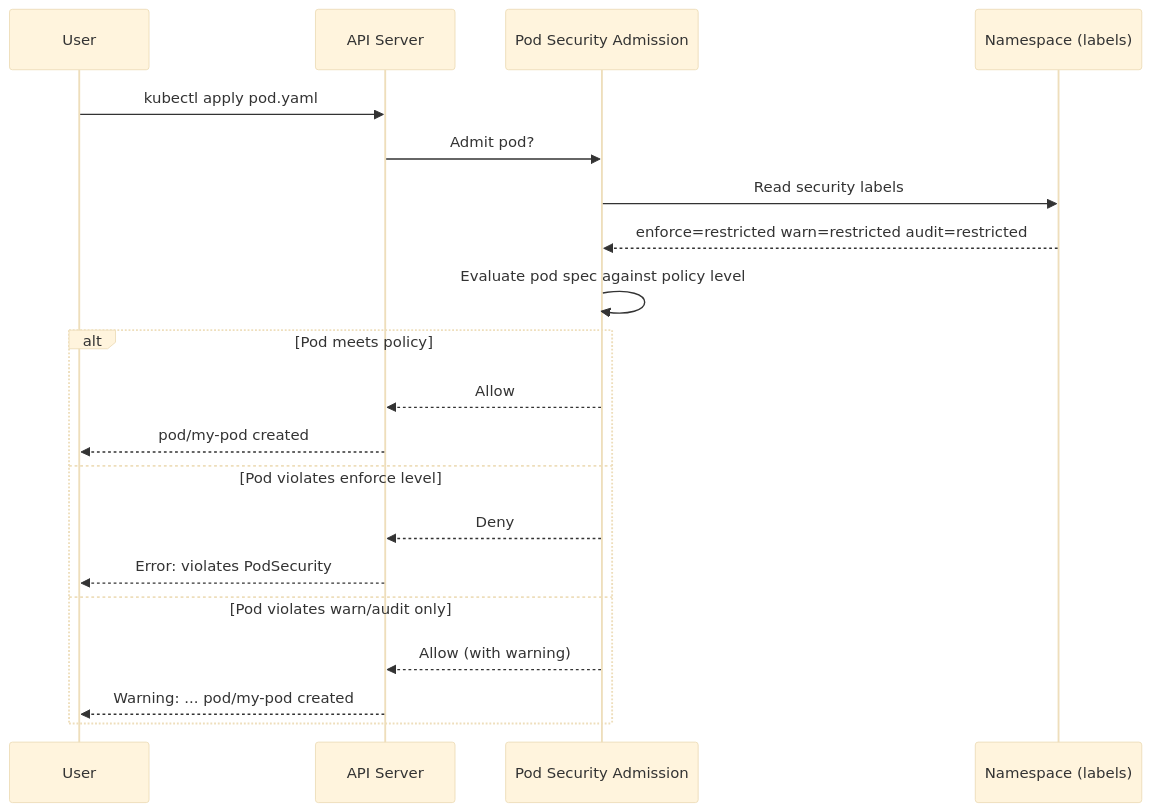
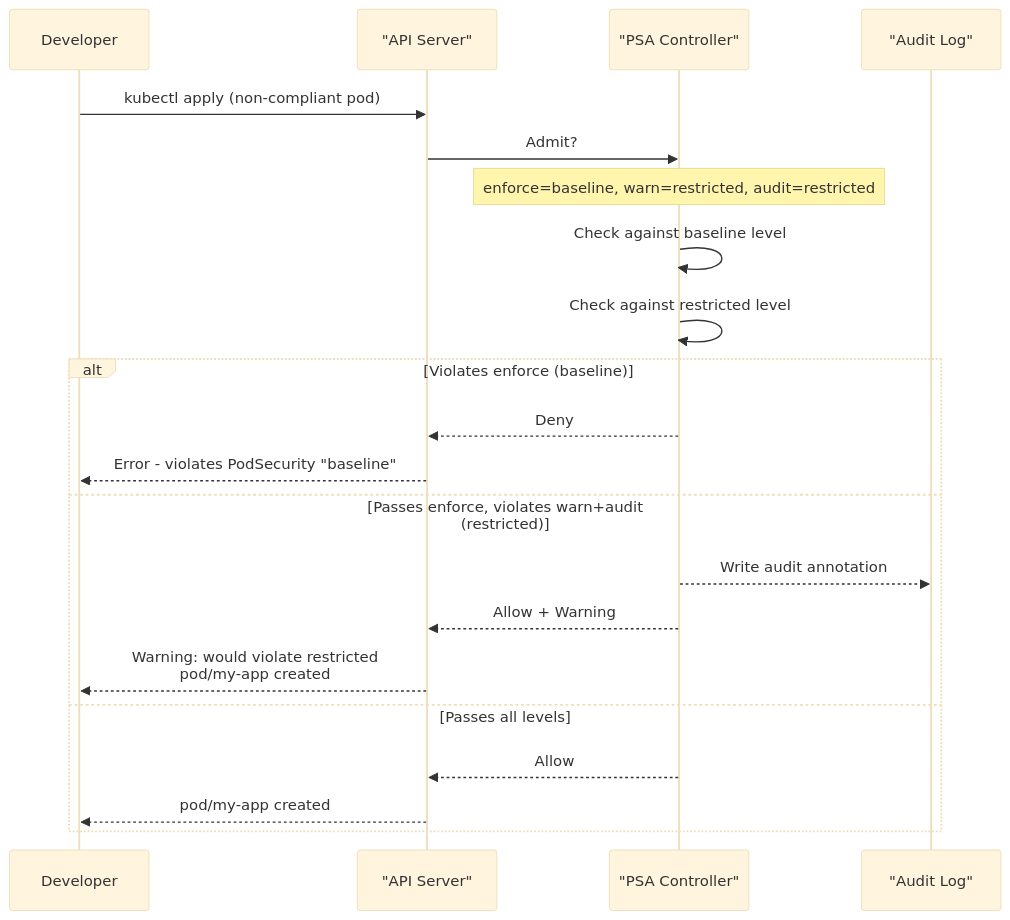
One commit to UncleJS/course_k3s changed the fourth of 5 diagrams in 09_security/03_pod_security_standards.md. Above: the diagram before and after it, drawn with Mermaid (base theme). The commit also changed other lines of this file and 45 other files, not shown here.

First line of the commit message:
Expand all course lessons: Mermaid diagrams + rich prose across 43 files

````diff
--- a/09_security/03_pod_security_standards.md
+++ b/09_security/03_pod_security_standards.md
@@ -121,23 +239,27 @@
 ```mermaid
 sequenceDiagram
-    participant User
-    participant API as API Server
-    participant PSA as Pod Security Admission
-    participant NS as Namespace (labels)
+    participant Dev as Developer
+    participant API as "API Server"
+    participant PSA as "PSA Controller"
+    participant AUDIT as "Audit Log"
 
-    User->>API: kubectl apply pod.yaml
-    API->>PSA: Admit pod?
-    PSA->>NS: Read security labels
-    NS-->>PSA: enforce=restricted warn=restricted audit=restricted
-    PSA->>PSA: Evaluate pod spec against policy level
-    alt Pod meets policy
+    Dev->>API: kubectl apply (non-compliant pod)
+    API->>PSA: Admit?
+
+    Note over PSA: enforce=baseline, warn=restricted, audit=restricted
+
+    PSA->>PSA: Check against baseline level
+    PSA->>PSA: Check against restricted level
+
+    alt Violates enforce (baseline)
+        PSA-->>API: Deny
+        API-->>Dev: Error - violates PodSecurity "baseline"
+    else Passes enforce, violates warn+audit (restricted)
+        PSA-->>AUDIT: Write audit annotation
+        PSA-->>API: Allow + Warning
+        API-->>Dev: Warning: would violate restricted<br/>pod/my-app created
+    else Passes all levels
         PSA-->>API: Allow
-        API-->>User: pod/my-pod created
-    else Pod violates enforce level
-        PSA-->>API: Deny
-        API-->>User: Error: violates PodSecurity
-    else Pod violates warn/audit only
-        PSA-->>API: Allow (with warning)
-        API-->>User: Warning: ... pod/my-pod created
+        API-->>Dev: pod/my-app created
     end
 ```
````
